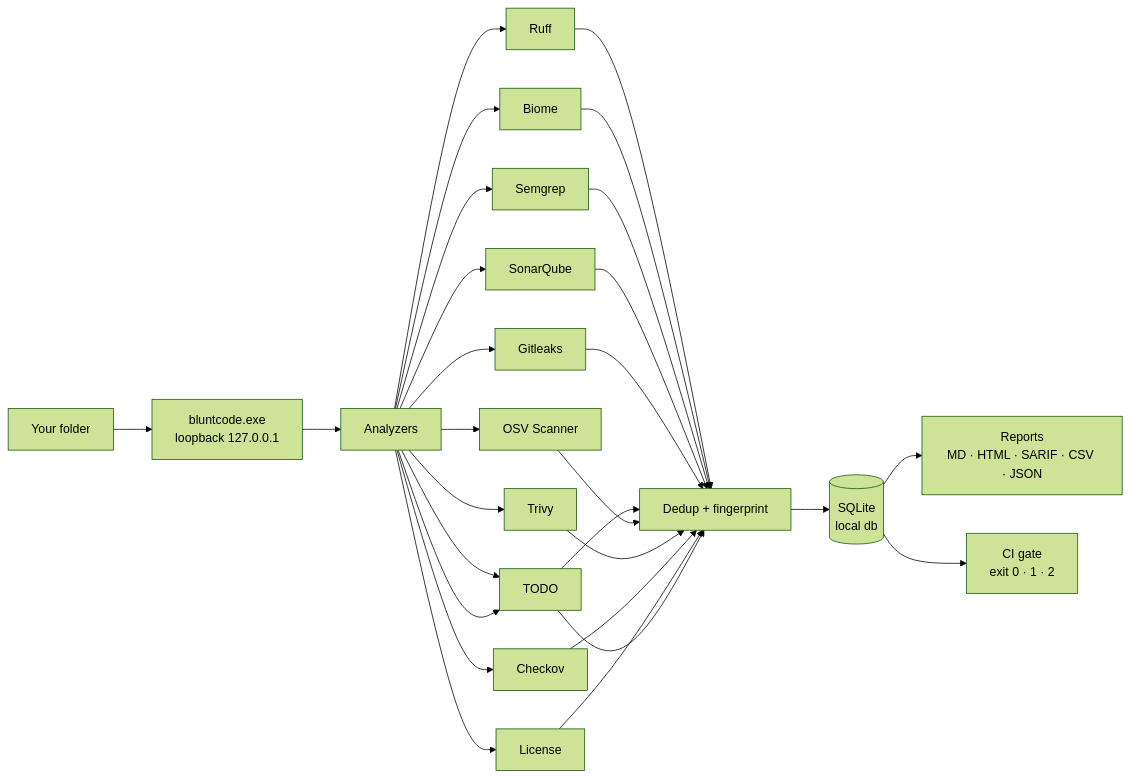
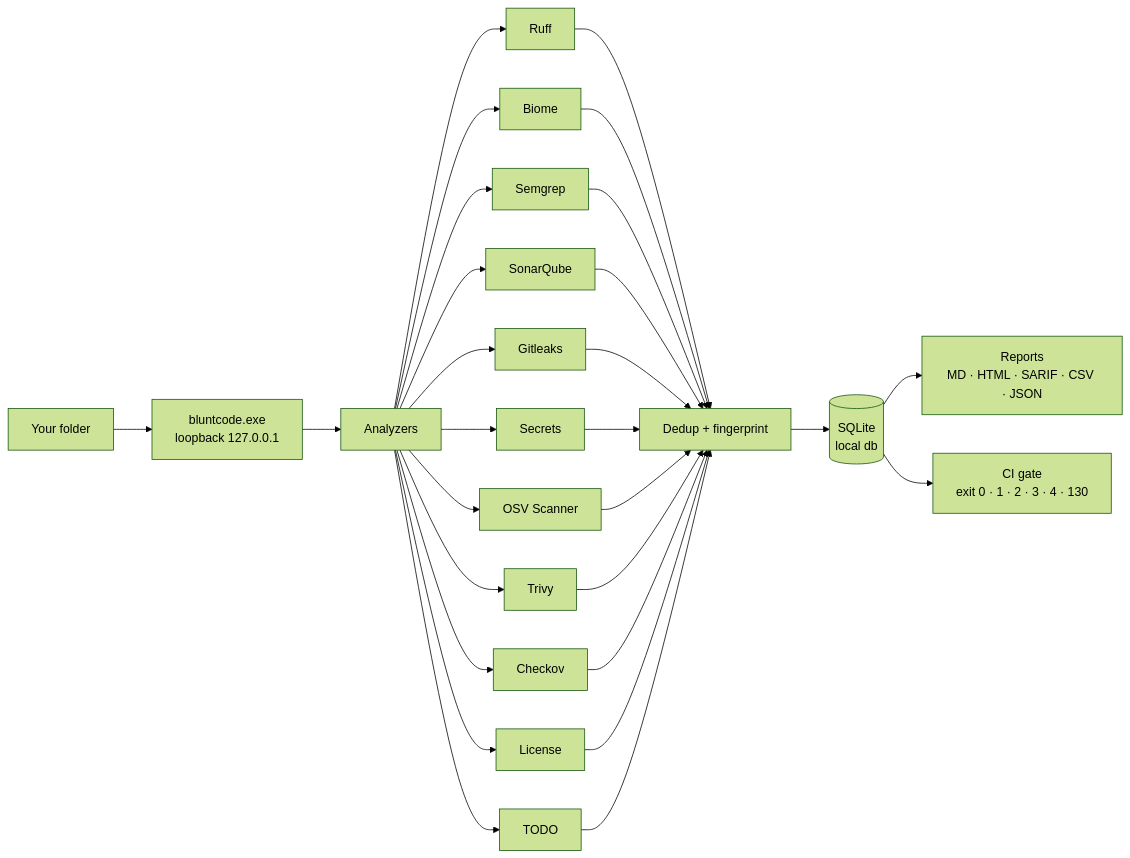
One commit to sanketpatel32/Blunt-code changed the diagram in README.md. Above: the diagram before and after it, drawn with Mermaid (forest theme). The commit also changed other lines of this file and 4 other files, not shown here.

````diff
--- a/README.md
+++ b/README.md
@@ -40,30 +40,30 @@
 ```mermaid
 flowchart LR
     A["Your folder"] --> B["bluntcode.exe<br>loopback 127.0.0.1"]
     B --> C["Analyzers"]
     C --> D1["Ruff"]
     C --> D2["Biome"]
     C --> D3["Semgrep"]
     C --> D4["SonarQube"]
     C --> D5["Gitleaks"]
     C --> D6["Secrets"]
     C --> D7["OSV Scanner"]
     C --> D8["Trivy"]
     C --> D9["Checkov"]
     C --> D10["License"]
-    C --> D6["TODO"]
+    C --> D11["TODO"]
     D1 --> E["Dedup + fingerprint"]
     D2 --> E
     D3 --> E
     D4 --> E
     D5 --> E
     D6 --> E
     D7 --> E
     D8 --> E
     D9 --> E
     D10 --> E
-    D6 --> E
+    D11 --> E
     E --> F[("SQLite<br>local db")]
     F --> G["Reports<br>MD · HTML · SARIF · CSV · JSON"]
-    F --> H["CI gate<br>exit 0 · 1 · 2"]
+    F --> H["CI gate<br>exit 0 · 1 · 2 · 3 · 4 · 130"]
 ```
````
